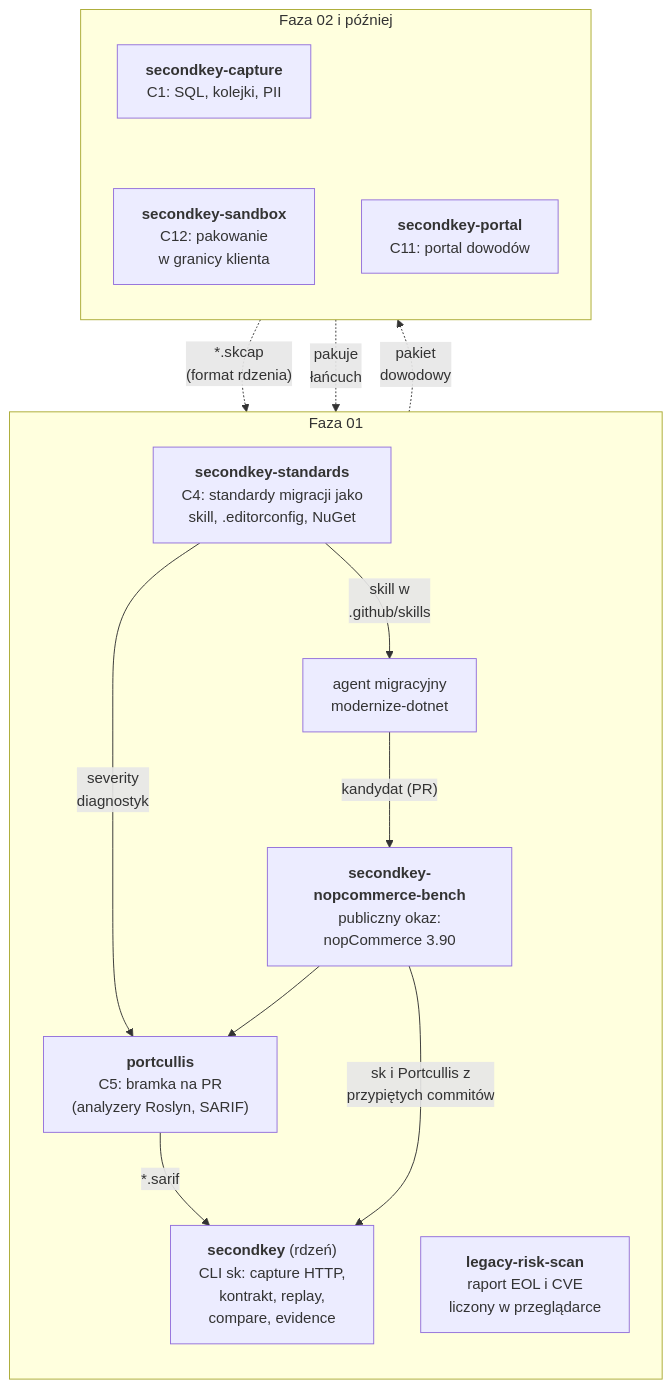
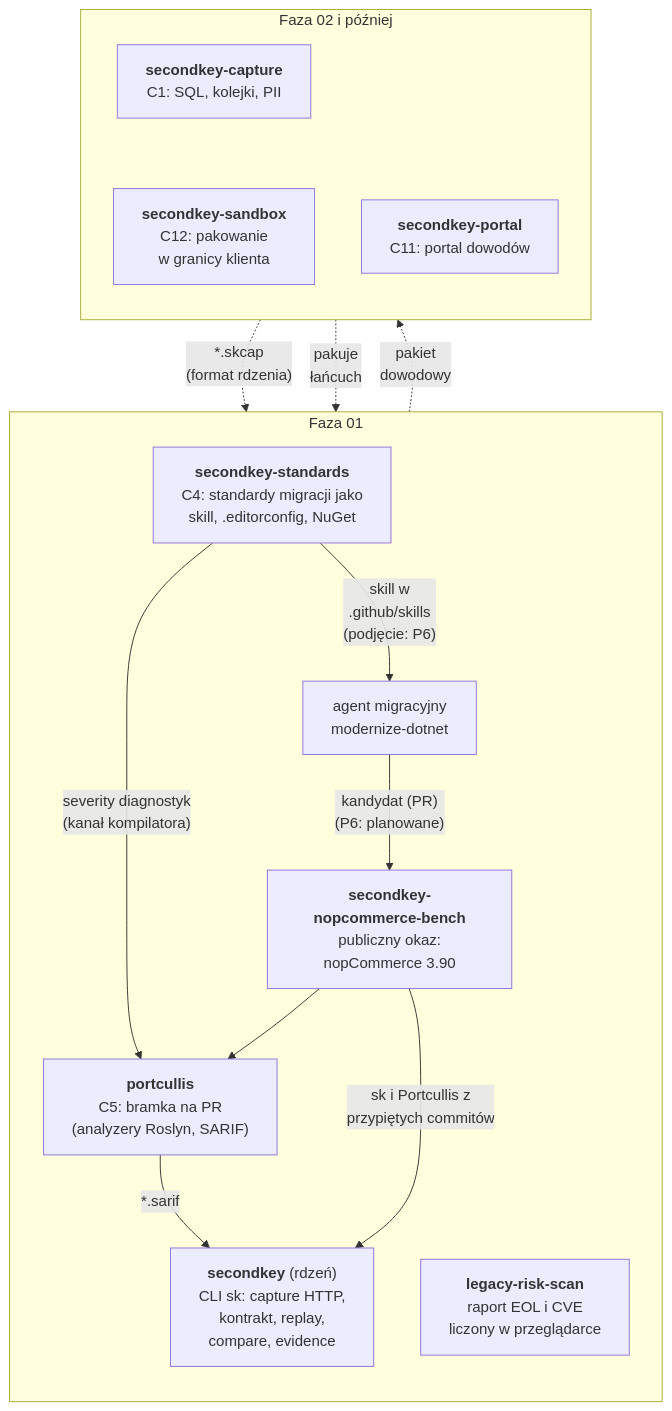
The diagram in docs/diagrams/a1-mapa-repozytoriow.mmd (konradcinkusz/letsgolegacy.secondkey), drawn with Mermaid before and after one commit. The commit also changed 7 other files, not shown here.

```diff
--- a/docs/diagrams/a1-mapa-repozytoriow.mmd
+++ b/docs/diagrams/a1-mapa-repozytoriow.mmd
@@ -1,26 +1,26 @@
 flowchart TB
   subgraph F1["Faza 01"]
     direction TB
     STD["<b>secondkey-standards</b><br/>C4: standardy migracji jako<br/>skill, .editorconfig, NuGet"]
     AGENT["agent migracyjny<br/>modernize-dotnet"]
     PC["<b>portcullis</b><br/>C5: bramka na PR<br/>(analyzery Roslyn, SARIF)"]
     CORE["<b>secondkey</b> (rdzeń)<br/>CLI sk: capture HTTP,<br/>kontrakt, replay,<br/>compare, evidence"]
     BENCH["<b>secondkey-nopcommerce-bench</b><br/>publiczny okaz:<br/>nopCommerce 3.90"]
     LRS["<b>legacy-risk-scan</b><br/>raport EOL i CVE<br/>liczony w przeglądarce"]
   end
   subgraph F2["Faza 02 i później"]
     direction TB
     CAP["<b>secondkey-capture</b><br/>C1: SQL, kolejki, PII"]
     SBX["<b>secondkey-sandbox</b><br/>C12: pakowanie<br/>w granicy klienta"]
     POR["<b>secondkey-portal</b><br/>C11: portal dowodów"]
   end
-  STD -- "skill w<br/>.github/skills" --> AGENT
-  STD -- "severity<br/>diagnostyk" --> PC
-  AGENT -- "kandydat (PR)" --> BENCH
+  STD -- "skill w<br/>.github/skills<br/>(podjęcie: P6)" --> AGENT
+  STD -- "severity diagnostyk<br/>(kanał kompilatora)" --> PC
+  AGENT -- "kandydat (PR)<br/>(P6: planowane)" --> BENCH
   PC -- "*.sarif" --> CORE
   BENCH -- "sk i Portcullis z<br/>przypiętych commitów" --> CORE
   BENCH --> PC
   CAP -. "*.skcap<br/>(format rdzenia)" .-> CORE
   CORE -. "pakiet<br/>dowodowy" .-> POR
   SBX -. "pakuje<br/>łańcuch" .-> CORE
   CAP ~~~ SBX
```
